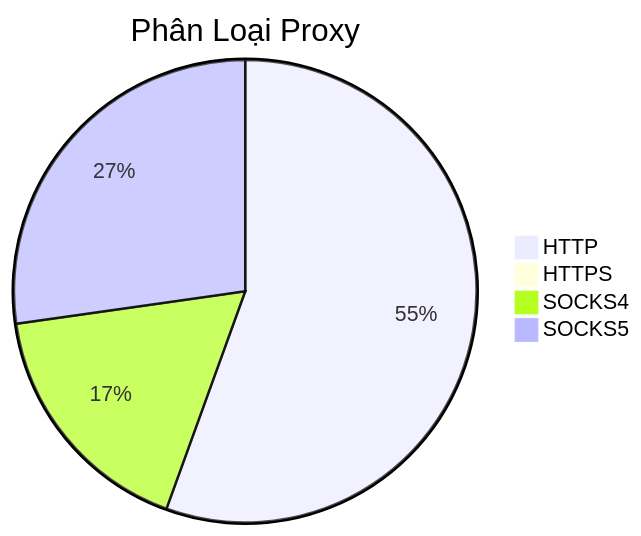
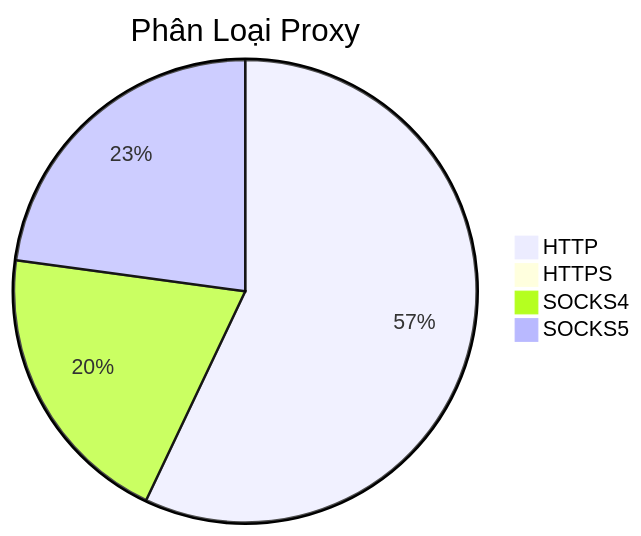
Before and after one commit to Ciara-12/PROXY-free: the diagram in README.md, drawn with Mermaid. The commit also changed other lines of this file and 4 other files, not shown here.

````diff
--- a/README.md
+++ b/README.md
@@ -26,7 +26,7 @@
 ```mermaid
 pie title Phân Loại Proxy
-    "HTTP" : 703
-    "HTTPS" : 3
-    "SOCKS4" : 218
-    "SOCKS5" : 345
+    "HTTP" : 866
+    "HTTPS" : 5
+    "SOCKS4" : 305
+    "SOCKS5" : 347
 ```
````
